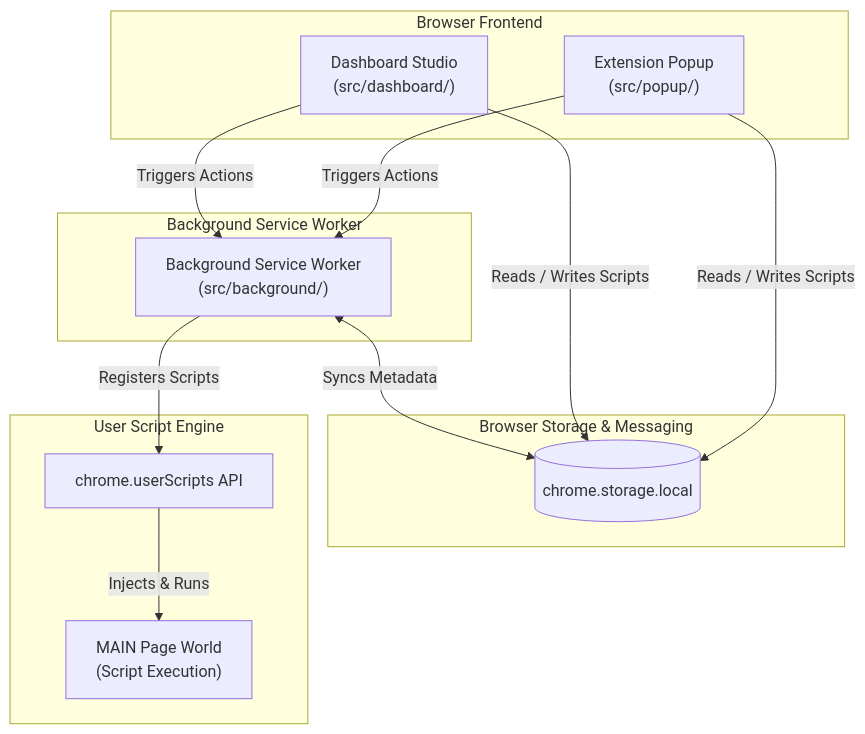
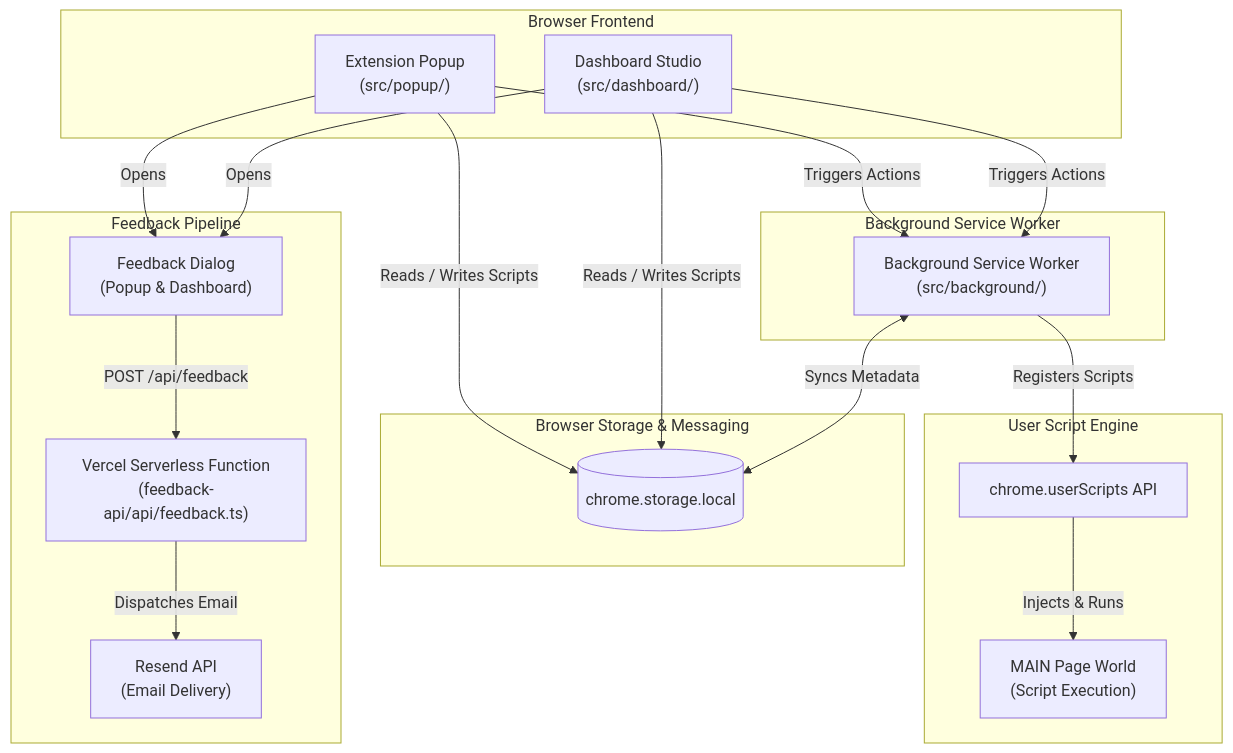
One commit to matwoess/scriptmonkey changed the diagram in website/docs/architecture.md. Above: the diagram before and after it, drawn with Mermaid. The commit also changed other lines of this file and 2 other files, not shown here.

Commit message:
docs: add feedback api documentation and architecture details

````diff
--- a/website/docs/architecture.md
+++ b/website/docs/architecture.md
@@ -11,28 +11,39 @@
 ```mermaid
 graph TD
     subgraph Frontend ["Browser Frontend"]
         Popup["Extension Popup<br/>(src/popup/)"]
         Dashboard["Dashboard Studio<br/>(src/dashboard/)"]
     end
 
     subgraph Storage ["Browser Storage & Messaging"]
         ChromeStorage[("chrome.storage.local")]
     end
 
     subgraph Background ["Background Service Worker"]
         ServiceWorker["Background Service Worker<br/>(src/background/)"]
     end
 
     subgraph NativeEngine ["User Script Engine"]
         UserScriptsAPI["chrome.userScripts API"]
         MainWorld["MAIN Page World<br/>(Script Execution)"]
     end
 
+    subgraph FeedbackPipeline ["Feedback Pipeline"]
+        FeedbackDialog["Feedback Dialog<br/>(Popup & Dashboard)"]
+        FeedbackAPI["Vercel Serverless Function<br/>(feedback-api/api/feedback.ts)"]
+        ResendService["Resend API<br/>(Email Delivery)"]
+    end
+
     Popup -->|Reads / Writes Scripts| ChromeStorage
     Dashboard -->|Reads / Writes Scripts| ChromeStorage
     Popup -->|Triggers Actions| ServiceWorker
     Dashboard -->|Triggers Actions| ServiceWorker
     ServiceWorker <-->|Syncs Metadata| ChromeStorage
     ServiceWorker -->|Registers Scripts| UserScriptsAPI
     UserScriptsAPI -->|Injects & Runs| MainWorld
+
+    Popup -->|Opens| FeedbackDialog
+    Dashboard -->|Opens| FeedbackDialog
+    FeedbackDialog -->|POST /api/feedback| FeedbackAPI
+    FeedbackAPI -->|Dispatches Email| ResendService
 ```
````
